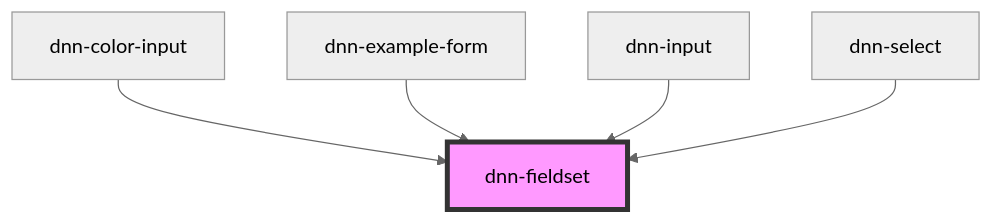
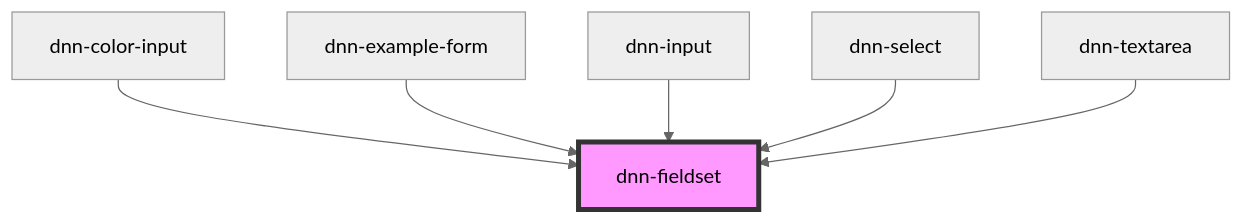
The diagram in packages/stencil-library/src/components/dnn-fieldset/readme.md (DNNCommunity/dnn-elements), drawn with Mermaid (neutral theme) before and after one commit. The commit also changed other lines of this file and 2 other files, not shown here.

Commit message:
Made dnn-fieldset optionally resizable

````diff
--- a/packages/stencil-library/src/components/dnn-fieldset/readme.md
+++ b/packages/stencil-library/src/components/dnn-fieldset/readme.md
@@ -133,8 +135,9 @@
 ```mermaid
 graph TD;
   dnn-color-input --> dnn-fieldset
   dnn-example-form --> dnn-fieldset
   dnn-input --> dnn-fieldset
   dnn-select --> dnn-fieldset
+  dnn-textarea --> dnn-fieldset
   style dnn-fieldset fill:#f9f,stroke:#333,stroke-width:4px
 ```
````
